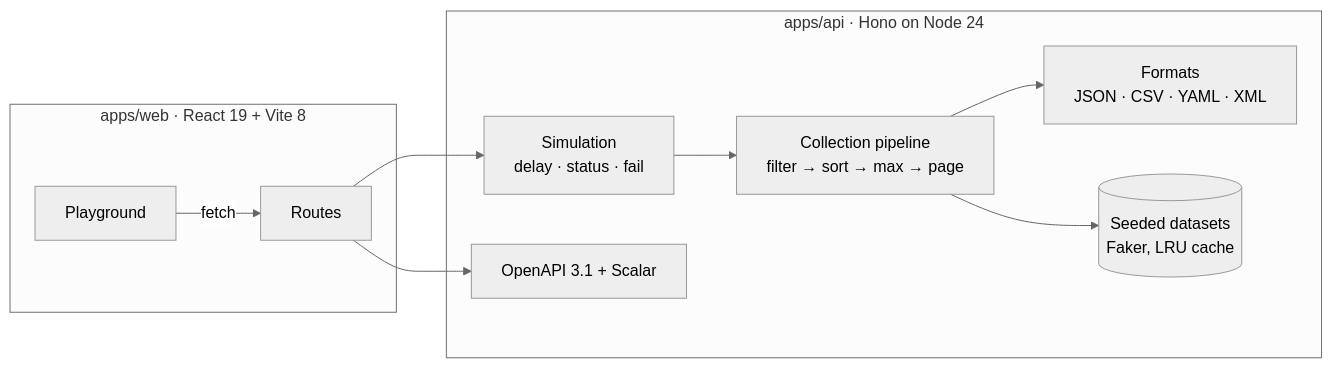
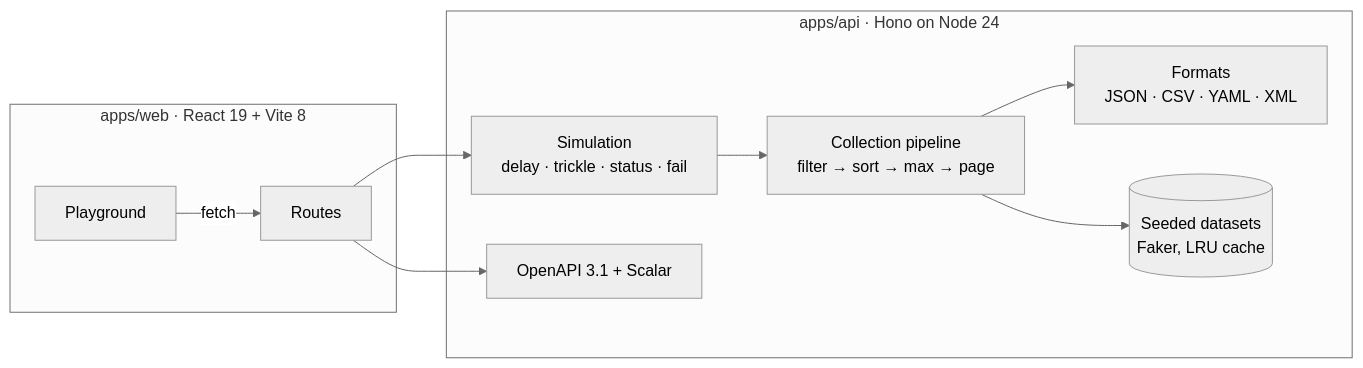
The diagram in README.md (spxis/rest-in-pieces), drawn with Mermaid (neutral theme) before and after one commit. The commit also changed other lines of this file and 5 other files, not shown here.

First line of the commit message:
feat(api): delay ranges and trickled bodies

````diff
--- a/README.md
+++ b/README.md
@@ -227,13 +231,13 @@
 ```mermaid
 flowchart LR
   subgraph web["apps/web · React 19 + Vite 8"]
     UI[Playground] -->|fetch| API
   end
   subgraph api["apps/api · Hono on Node 24"]
-    API[Routes] --> SIM[Simulation<br/>delay · status · fail]
+    API[Routes] --> SIM[Simulation<br/>delay · trickle · status · fail]
     SIM --> COL[Collection pipeline<br/>filter → sort → max → page]
     COL --> FMT[Formats<br/>JSON · CSV · YAML · XML]
     COL --> DATA[(Seeded datasets<br/>Faker, LRU cache)]
     API --> DOCS[OpenAPI 3.1 + Scalar]
   end
 ```
````
